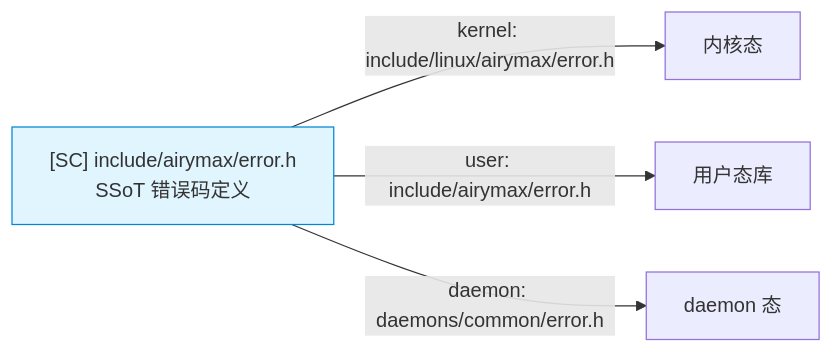
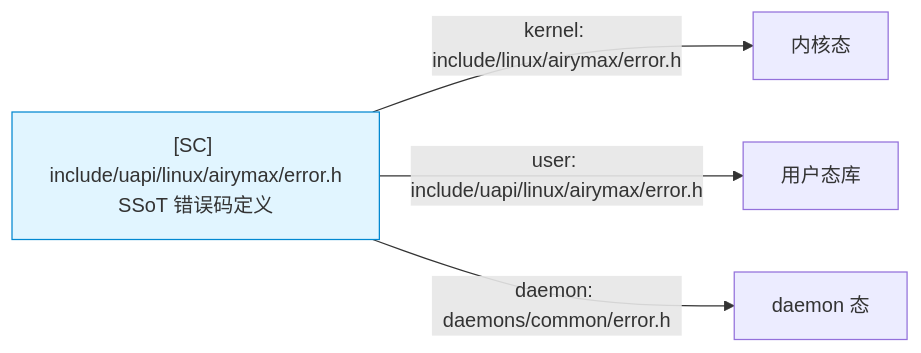
The fourth of 5 diagrams in 60-driver-model/03-devm-resource.md (openairymax/docs-linux), drawn with Mermaid before and after one commit. The commit also changed other lines of this file and 125 other files, not shown here.

Commit message:
docs: 更新所有文档中的SC头文件路径到uapi/linux目录 统一修正所有文档中引用的[SC]共享契约层头文件路径，将原`include/airymax/`统一更新为符合Linux内核UAPI规范的`include/uapi/linux/airymax/`路径，确保文档与实际代码布局一致。

````diff
--- a/60-driver-model/03-devm-resource.md
+++ b/60-driver-model/03-devm-resource.md
@@ -482,8 +482,8 @@
 ```mermaid
 graph LR
-    SC["[SC] include/airymax/error.h<br/>SSoT 错误码定义"]
+    SC["[SC] include/uapi/linux/airymax/error.h<br/>SSoT 错误码定义"]
     SC -->|"kernel: include/linux/airymax/error.h"| K["内核态"]
-    SC -->|"user: include/airymax/error.h"| U["用户态库"]
+    SC -->|"user: include/uapi/linux/airymax/error.h"| U["用户态库"]
     SC -->|"daemon: daemons/common/error.h"| D["daemon 态"]
     style SC fill:#e1f5ff,stroke:#0288d1
 ```
````
